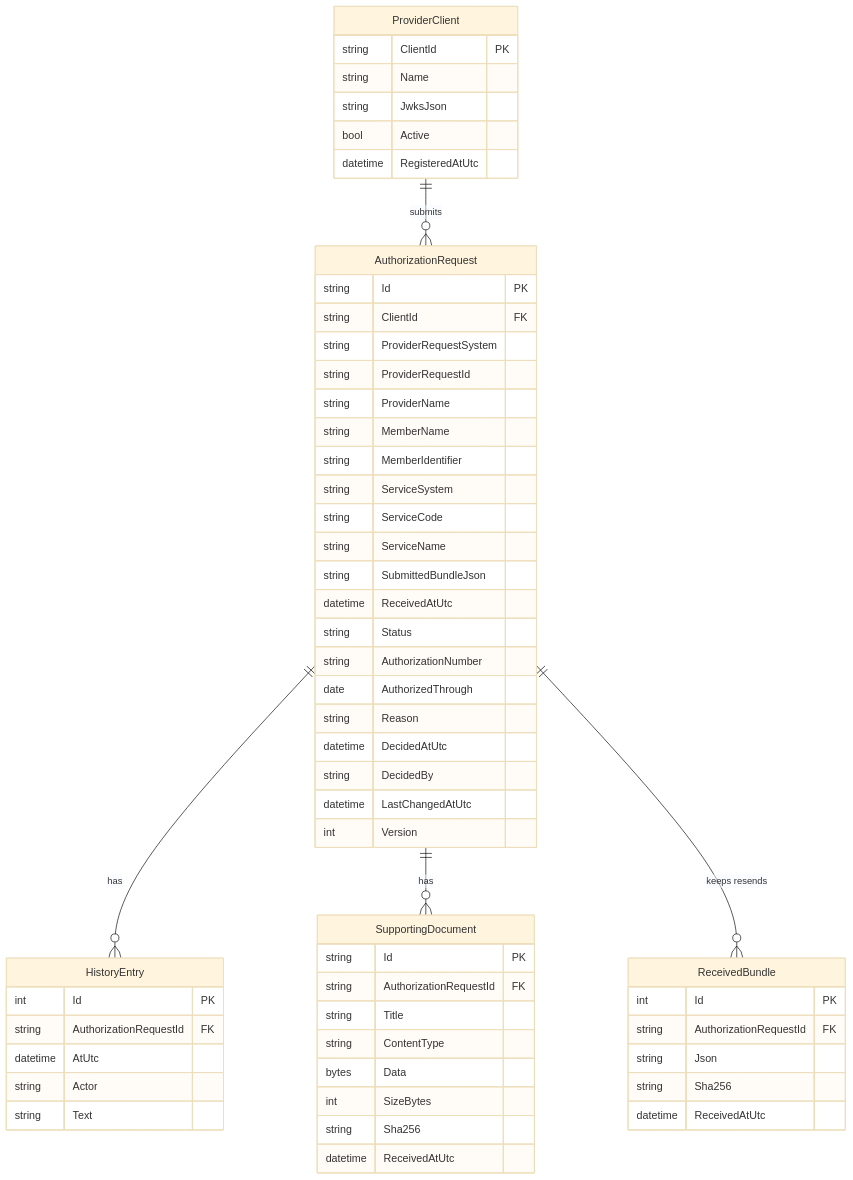
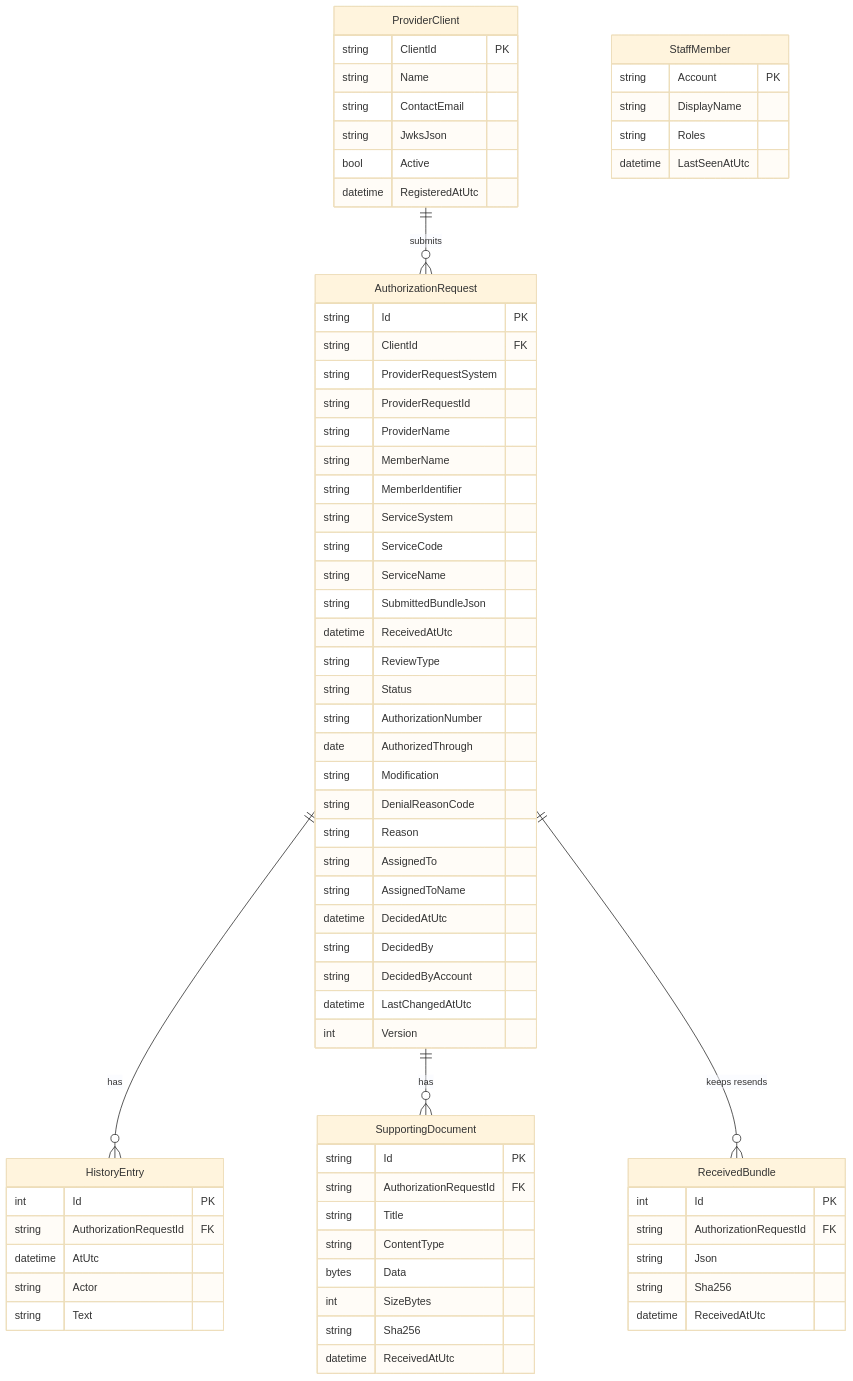
One commit to tngo0508/prior-auth-api changed the fourth of 4 diagrams in docs/02-how-it-works.md. Above: the diagram before and after it, drawn with Mermaid (base theme). The commit also changed other lines of this file and 56 other files, not shown here.

````diff
--- a/docs/02-how-it-works.md
+++ b/docs/02-how-it-works.md
@@ -144,60 +152,73 @@
 ```mermaid
 erDiagram
     ProviderClient ||--o{ AuthorizationRequest : submits
     AuthorizationRequest ||--o{ HistoryEntry : has
     AuthorizationRequest ||--o{ SupportingDocument : has
     AuthorizationRequest ||--o{ ReceivedBundle : "keeps resends"
     SupportingDocument {
         string Id PK
         string AuthorizationRequestId FK
         string Title
         string ContentType
         bytes Data
         int SizeBytes
         string Sha256
         datetime ReceivedAtUtc
     }
     ReceivedBundle {
         int Id PK
         string AuthorizationRequestId FK
         string Json
         string Sha256
         datetime ReceivedAtUtc
     }
+    StaffMember {
+        string Account PK
+        string DisplayName
+        string Roles
+        datetime LastSeenAtUtc
+    }
     ProviderClient {
         string ClientId PK
         string Name
+        string ContactEmail
         string JwksJson
         bool Active
         datetime RegisteredAtUtc
     }
     AuthorizationRequest {
         string Id PK
         string ClientId FK
         string ProviderRequestSystem
         string ProviderRequestId
         string ProviderName
         string MemberName
         string MemberIdentifier
         string ServiceSystem
         string ServiceCode
         string ServiceName
         string SubmittedBundleJson
         datetime ReceivedAtUtc
+        string ReviewType
         string Status
         string AuthorizationNumber
         date AuthorizedThrough
+        string Modification
+        string DenialReasonCode
         string Reason
+        string AssignedTo
+        string AssignedToName
         datetime DecidedAtUtc
         string DecidedBy
+        string DecidedByAccount
         datetime LastChangedAtUtc
         int Version
     }
     HistoryEntry {
         int Id PK
         string AuthorizationRequestId FK
         datetime AtUtc
         string Actor
         string Text
     }
 ```
````
